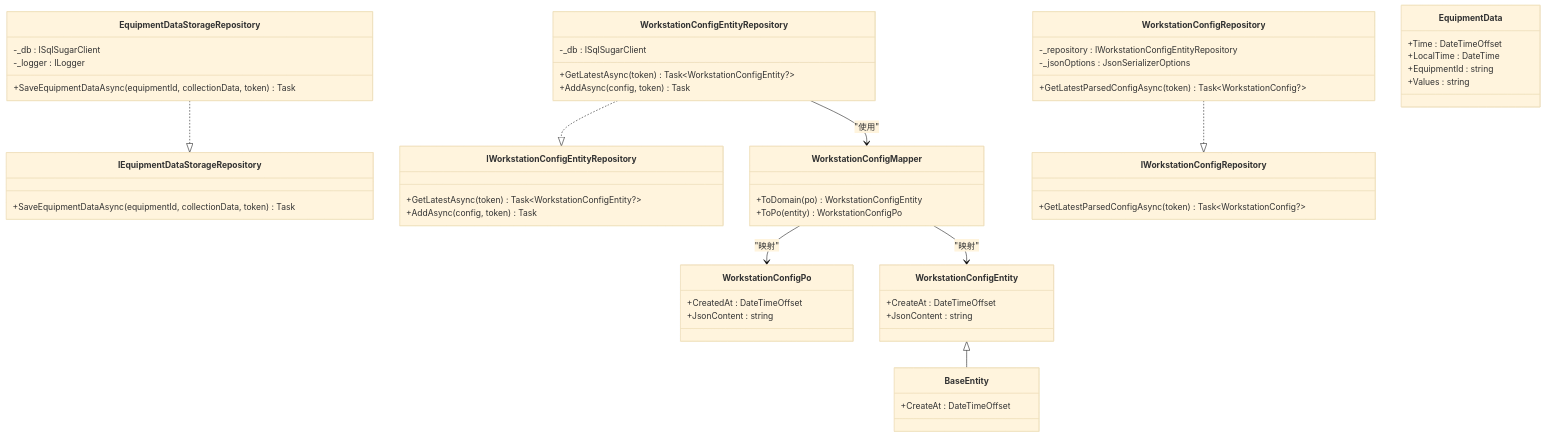
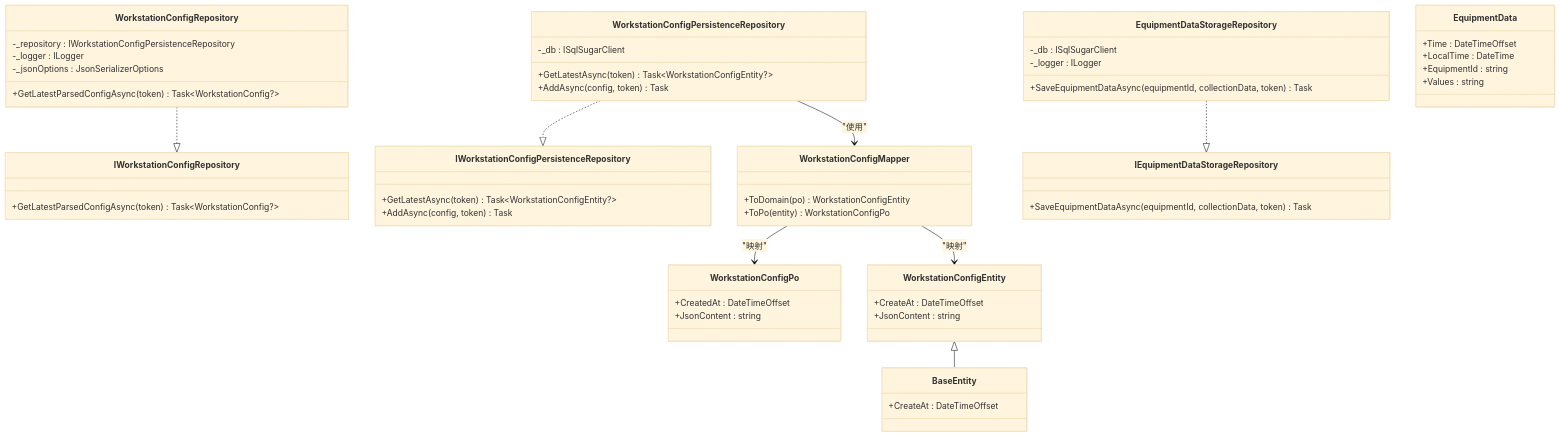
Before and after one commit to whitemousetl/IndustrialDataSolution: the second of 6 diagrams in .qoder/repowiki/zh/content/数据持久化/仓储模式实现.md, drawn with Mermaid (base theme). The commit also changed other lines of this file and 13 other files, not shown here.

````diff
--- a/.qoder/repowiki/zh/content/数据持久化/仓储模式实现.md
+++ b/.qoder/repowiki/zh/content/数据持久化/仓储模式实现.md
@@ -139,56 +134,57 @@
 ```mermaid
 classDiagram
-class IWorkstationConfigEntityRepository {
+class IWorkstationConfigPersistenceRepository {
 +GetLatestAsync(token) Task~WorkstationConfigEntity?~
 +AddAsync(config, token) Task
+}
+class IWorkstationConfigRepository {
++GetLatestParsedConfigAsync(token) Task~WorkstationConfig?~
 }
 class IEquipmentDataStorageRepository {
 +SaveEquipmentDataAsync(equipmentId, collectionData, token) Task
 }
-class IWorkstationConfigRepository {
-+GetLatestParsedConfigAsync(token) Task~WorkstationConfig?~
-}
-class WorkstationConfigEntityRepository {
+class WorkstationConfigPersistenceRepository {
 -_db : ISqlSugarClient
 +GetLatestAsync(token) Task~WorkstationConfigEntity?~
 +AddAsync(config, token) Task
+}
+class WorkstationConfigRepository {
+-_repository : IWorkstationConfigPersistenceRepository
+-_logger : ILogger
+-_jsonOptions : JsonSerializerOptions
++GetLatestParsedConfigAsync(token) Task~WorkstationConfig?~
 }
 class EquipmentDataStorageRepository {
 -_db : ISqlSugarClient
 -_logger : ILogger
 +SaveEquipmentDataAsync(equipmentId, collectionData, token) Task
-}
-class WorkstationConfigRepository {
--_repository : IWorkstationConfigEntityRepository
--_jsonOptions : JsonSerializerOptions
-+GetLatestParsedConfigAsync(token) Task~WorkstationConfig?~
 }
 class WorkstationConfigEntity {
 +CreateAt : DateTimeOffset
 +JsonContent : string
 }
 class BaseEntity {
 +CreateAt : DateTimeOffset
 }
 class WorkstationConfigPo {
 +CreatedAt : DateTimeOffset
 +JsonContent : string
 }
 class EquipmentData {
 +Time : DateTimeOffset
 +LocalTime : DateTime
 +EquipmentId : string
 +Values : string
 }
 class WorkstationConfigMapper {
 +ToDomain(po) WorkstationConfigEntity
 +ToPo(entity) WorkstationConfigPo
 }
 WorkstationConfigEntity <|-- BaseEntity
-WorkstationConfigEntityRepository ..|> IWorkstationConfigEntityRepository
+WorkstationConfigPersistenceRepository ..|> IWorkstationConfigPersistenceRepository
+WorkstationConfigRepository ..|> IWorkstationConfigRepository
 EquipmentDataStorageRepository ..|> IEquipmentDataStorageRepository
-WorkstationConfigRepository ..|> IWorkstationConfigRepository
-WorkstationConfigEntityRepository --> WorkstationConfigMapper : "使用"
+WorkstationConfigPersistenceRepository --> WorkstationConfigMapper : "使用"
 WorkstationConfigMapper --> WorkstationConfigPo : "映射"
 WorkstationConfigMapper --> WorkstationConfigEntity : "映射"
 ```
````
